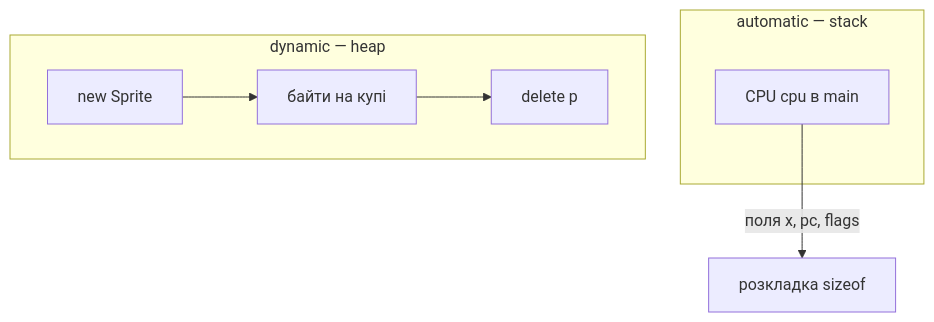
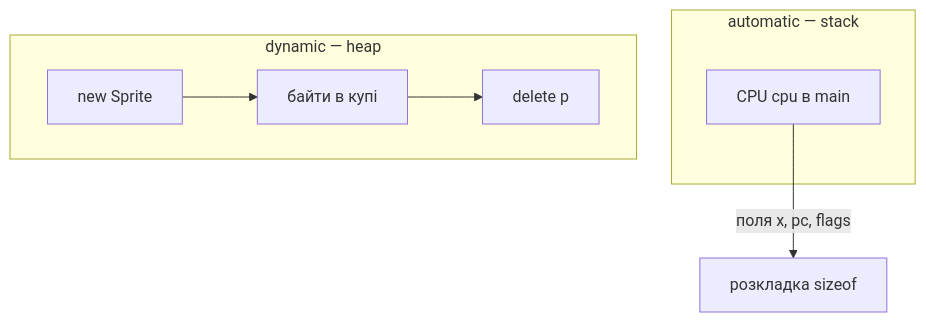
Before and after one commit to rmalkevy/Programming-Practice-Projects: the diagram in courses/programming-fundamentals/lab-06-named-bundles.notes.md, drawn with Mermaid. The commit also changed other lines of this file and 23 other files, not shown here.

````diff
--- a/courses/programming-fundamentals/lab-06-named-bundles.notes.md
+++ b/courses/programming-fundamentals/lab-06-named-bundles.notes.md
@@ -29,11 +29,11 @@
 ```mermaid
 flowchart TD
   subgraph auto ["automatic — stack"]
     CPU["CPU cpu в main"]
   end
   subgraph heap ["dynamic — heap"]
-    New["new Sprite"] --> Obj["байти на купі"]
+    New["new Sprite"] --> Obj["байти в купі"]
     Obj --> Del["delete p"]
   end
   CPU -->|"поля x, pc, flags"| Layout["розкладка sizeof"]
 ```
````
